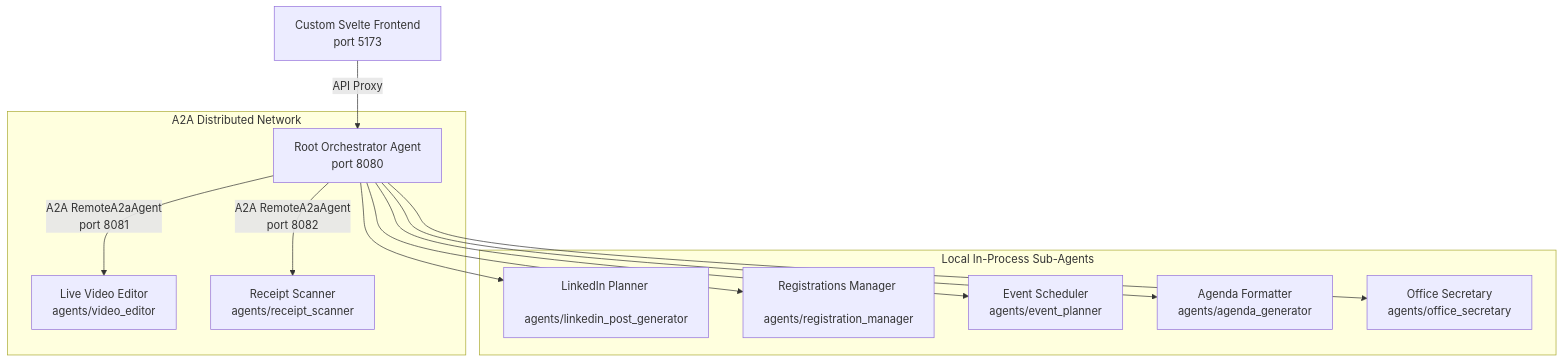
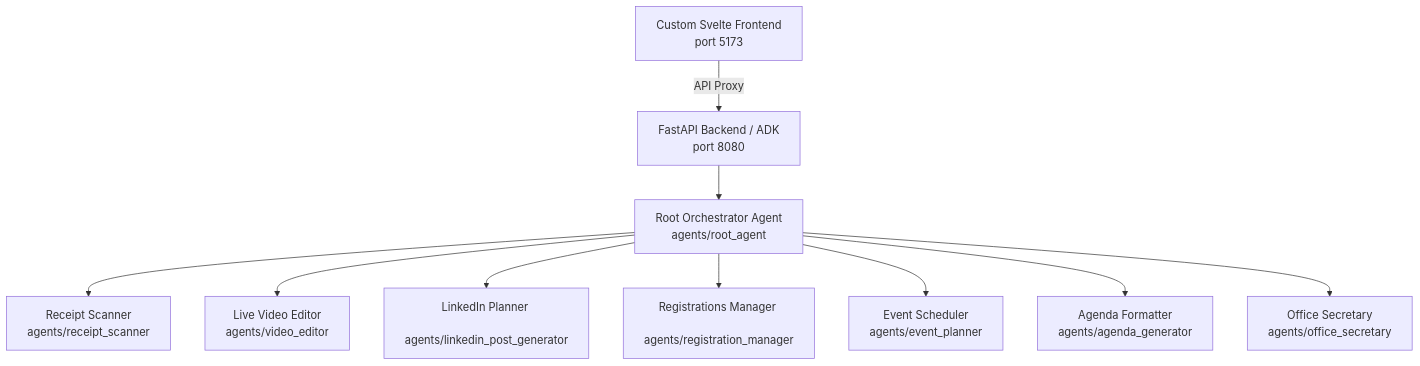
One commit to aplachykau-git/gdg_agents changed the diagram in docs/setup_guide.md. Above: the diagram before and after it, drawn with Mermaid. The commit also changed other lines of this file and 110 other files, not shown here.

Commit message:
Revert " feat: Determenistic DAG for Video Editor Agent"

````diff
--- a/docs/setup_guide.md
+++ b/docs/setup_guide.md
@@ -11,17 +11,12 @@
 ```mermaid
 graph TD
-    A[Custom Svelte Frontend <br> port 5173] -->|API Proxy| B[Root Orchestrator Agent <br> port 8080]
-    
-    subgraph "A2A Distributed Network"
-        B -->|A2A RemoteA2aAgent <br> port 8081| E[Live Video Editor <br> agents/video_editor]
-        B -->|A2A RemoteA2aAgent <br> port 8082| D[Receipt Scanner <br> agents/receipt_scanner]
-    end
-    
-    subgraph "Local In-Process Sub-Agents"
-        B --> F[LinkedIn Planner <br> agents/linkedin_post_generator]
-        B --> G[Registrations Manager <br> agents/registration_manager]
-        B --> H[Event Scheduler <br> agents/event_planner]
-        B --> I[Agenda Formatter <br> agents/agenda_generator]
-        B --> J[Office Secretary <br> agents/office_secretary]
-    end
+    A[Custom Svelte Frontend <br> port 5173] -->|API Proxy| B[FastAPI Backend / ADK <br> port 8080]
+    B --> C[Root Orchestrator Agent <br> agents/root_agent]
+    C --> D[Receipt Scanner <br> agents/receipt_scanner]
+    C --> E[Live Video Editor <br> agents/video_editor]
+    C --> F[LinkedIn Planner <br> agents/linkedin_post_generator]
+    C --> G[Registrations Manager <br> agents/registration_manager]
+    C --> H[Event Scheduler <br> agents/event_planner]
+    C --> I[Agenda Formatter <br> agents/agenda_generator]
+    C --> J[Office Secretary <br> agents/office_secretary]
 ```
````
